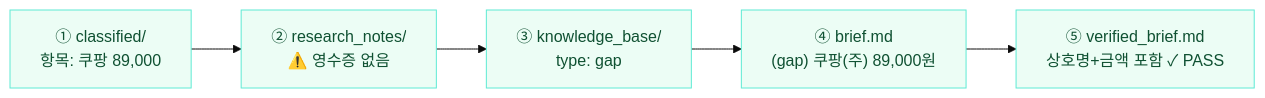
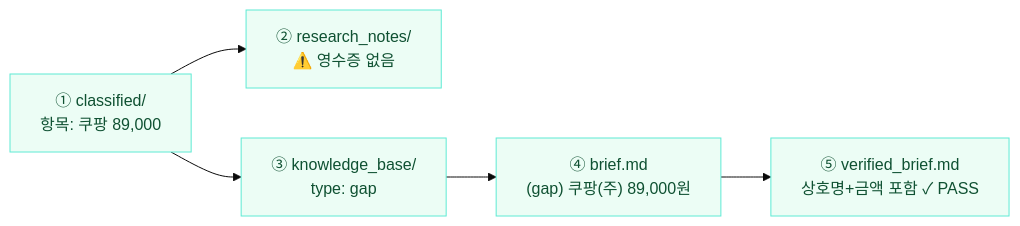
Before and after one commit to Yo-sure/deepagents-handson: the third of 5 diagrams in books/md/Chapter 6. 통합 Demo와 Wrap-up.md, drawn with Mermaid (base theme). The commit also changed other lines of this file and 17 other files, not shown here.

````diff
--- a/books/md/Chapter 6. 통합 Demo와 Wrap-up.md
+++ b/books/md/Chapter 6. 통합 Demo와 Wrap-up.md
@@ -319,9 +323,9 @@
 ```mermaid
 flowchart LR
   A["① classified/<br/>항목: 쿠팡 89,000"] --> B["② research_notes/<br/>⚠️ 영수증 없음"]
-  B --> C["③ knowledge_base/<br/>type: gap"]
+  A --> C["③ knowledge_base/<br/>type: gap"]
   C --> D["④ brief.md<br/>(gap) 쿠팡(주) 89,000원"]
   D --> E["⑤ verified_brief.md<br/>상호명+금액 포함 ✓ PASS"]
   classDef s fill:#ecfdf5,stroke:#5eead4,color:#0f5132;
   class A,B,C,D,E s;
 ```
````
